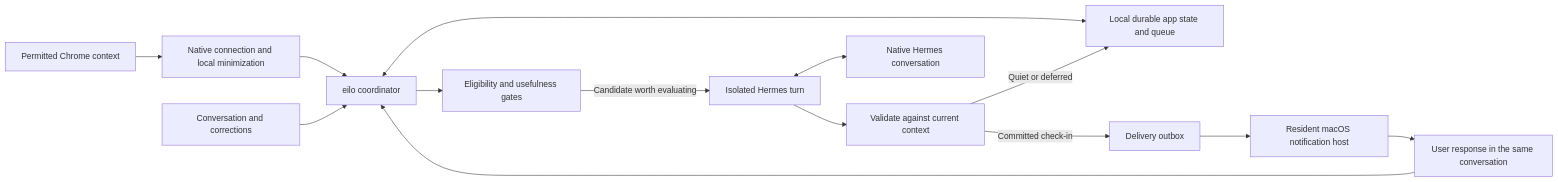
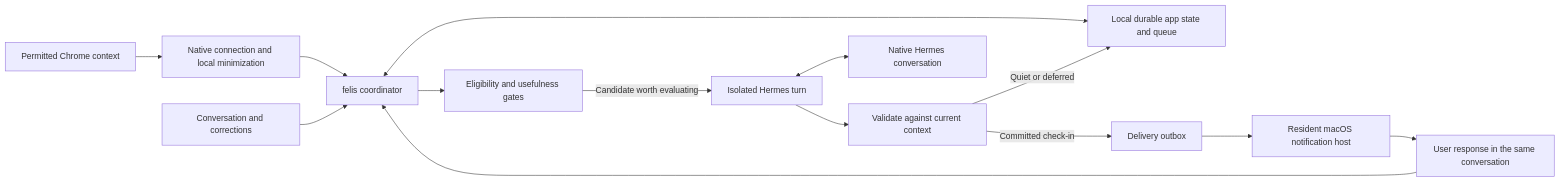
The diagram in docs/design/proactive-outreach-plan.md (bayshores/eilo), drawn with Mermaid before and after one commit. The commit also changed other lines of this file and 127 other files, not shown here.

````diff
--- a/docs/design/proactive-outreach-plan.md
+++ b/docs/design/proactive-outreach-plan.md
@@ -23,16 +23,16 @@
 ```mermaid
 flowchart LR
   B[Permitted Chrome context] --> N[Native connection and local minimization]
-  H[Conversation and corrections] --> C[eilo coordinator]
+  H[Conversation and corrections] --> C[felis coordinator]
   N --> C
   C <--> D[Local durable app state and queue]
   C --> G[Eligibility and usefulness gates]
   G -->|Candidate worth evaluating| A[Isolated Hermes turn]
   A <--> S[Native Hermes conversation]
   A --> V[Validate against current context]
   V -->|Quiet or deferred| D
   V -->|Committed check-in| O[Delivery outbox]
   O --> M[Resident macOS notification host]
   M --> R[User response in the same conversation]
   R --> C
 ```
````
